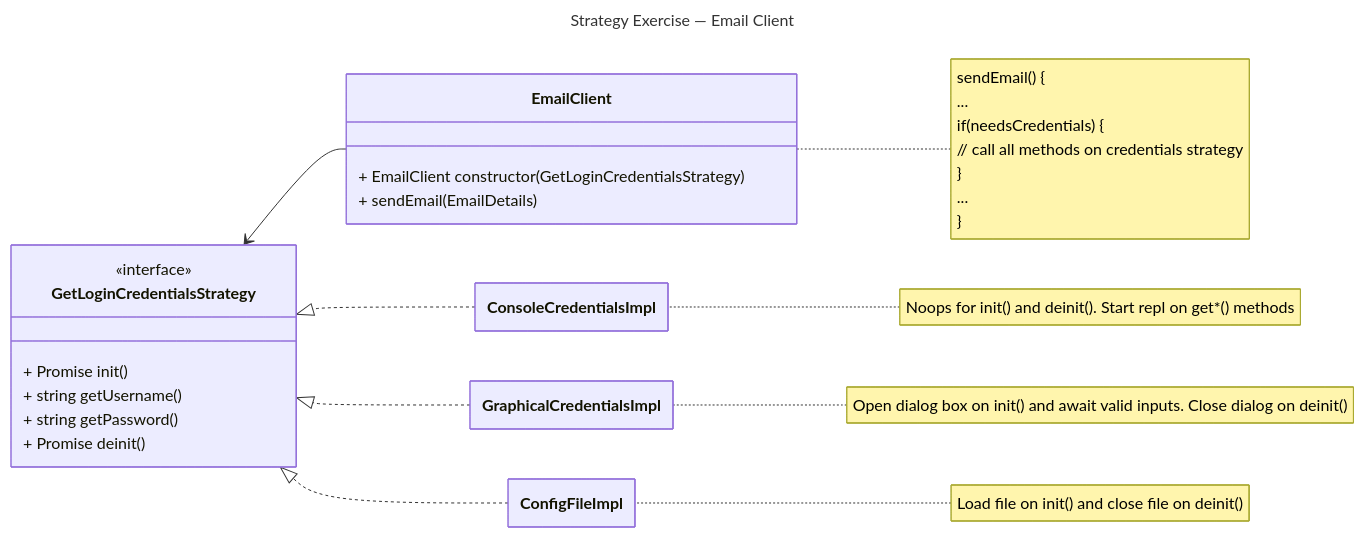
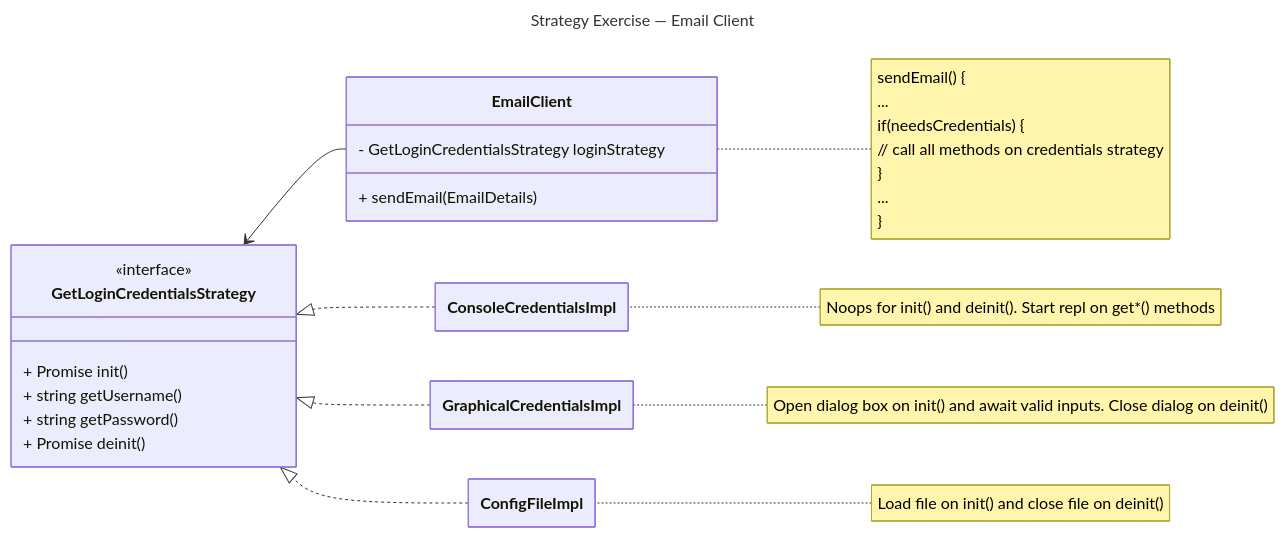
One commit to frozenfrank/cs340-assignments changed the second of 4 diagrams in README.md. Above: the diagram before and after it, drawn with Mermaid. The commit also changed other lines of this file, not shown here.

````diff
--- a/README.md
+++ b/README.md
@@ -49,31 +49,31 @@
 ```mermaid
 ---
 title: Strategy Exercise — Email Client
 config:
   class:
     hideEmptyMembersBox: true
 ---
 classDiagram
 direction RL
 
 class GetLoginCredentialsStrategy {
   <<interface>>
   + Promise<void> init()
   + string getUsername()
   + string getPassword()
   + Promise<void> deinit()
 }
 
-EmailClient : + EmailClient constructor(GetLoginCredentialsStrategy)
+EmailClient : - GetLoginCredentialsStrategy loginStrategy
 EmailClient : + sendEmail(EmailDetails)
 EmailClient --> GetLoginCredentialsStrategy
 note for EmailClient "sendEmail() {<br>...<br> if(needsCredentials) {<br> // call all methods on credentials strategy<br>}<br>...<br>}"
 
 ConsoleCredentialsImpl ..|> GetLoginCredentialsStrategy
 GraphicalCredentialsImpl ..|> GetLoginCredentialsStrategy
 ConfigFileImpl ..|> GetLoginCredentialsStrategy
 
 note for ConsoleCredentialsImpl "Noops for init() and deinit(). Start repl on get*() methods"
 note for GraphicalCredentialsImpl "Open dialog box on init() and await valid inputs. Close dialog on deinit()"
 note for ConfigFileImpl "Load file on init() and close file on deinit()"
 ```
````
